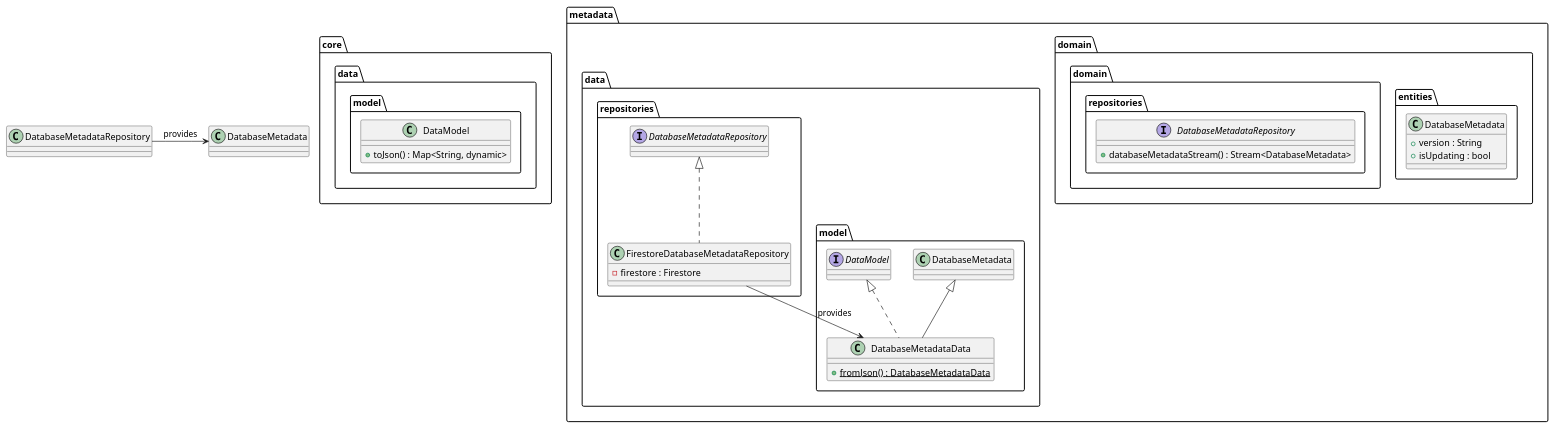
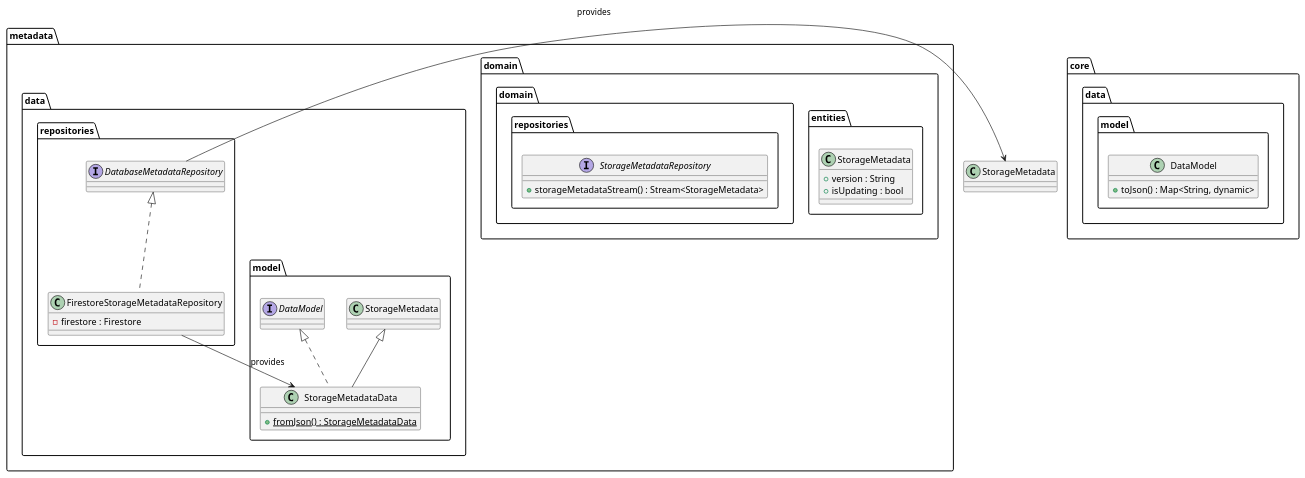
Before and after one commit to Flank/flank-dashboard: the diagram in metrics/web/docs/features/supported_database_version/diagrams/metadata_data_class_diagram.puml, drawn with PlantUML. The commit also changed 5 other files, not shown here.

Commit message:
Rename the DatabaseMetadata to StorageMetadata

```diff
--- a/metrics/web/docs/features/supported_database_version/diagrams/metadata_data_class_diagram.puml
+++ b/metrics/web/docs/features/supported_database_version/diagrams/metadata_data_class_diagram.puml
@@ -1,48 +1,48 @@
 @startuml metadata_data_class_diagram
 
 package core.data.model {
     class DataModel {
         + toJson() : Map<String, dynamic>
     }
 }
 
 package metadata {
 
     package domain {
         package entities {
-            class DatabaseMetadata {
+            class StorageMetadata {
                 + version : String
                 + isUpdating : bool
             }
         }
 
         package repositories as domain.repositories {
-            interface DatabaseMetadataRepository {
-                + databaseMetadataStream() : Stream<DatabaseMetadata>
+            interface StorageMetadataRepository {
+                + storageMetadataStream() : Stream<StorageMetadata>
             }
         }
 
     }
 
     package data {
         package model {
-            class DatabaseMetadataData extends DatabaseMetadata implements DataModel {
-                + {static} fromJson() : DatabaseMetadataData
+            class StorageMetadataData extends StorageMetadata implements DataModel {
+                + {static} fromJson() : StorageMetadataData
             }
         }
 
 
         package repositories {
-            class FirestoreDatabaseMetadataRepository implements DatabaseMetadataRepository {
+            class FirestoreStorageMetadataRepository implements DatabaseMetadataRepository {
                 - firestore : Firestore
             }
         }
     }
 }
 
-FirestoreDatabaseMetadataRepository --> DatabaseMetadataData : provides
+FirestoreStorageMetadataRepository --> StorageMetadataData : provides
 
-DatabaseMetadataRepository -> DatabaseMetadata : provides
+DatabaseMetadataRepository -> StorageMetadata : provides
 
 
 @enduml
```
